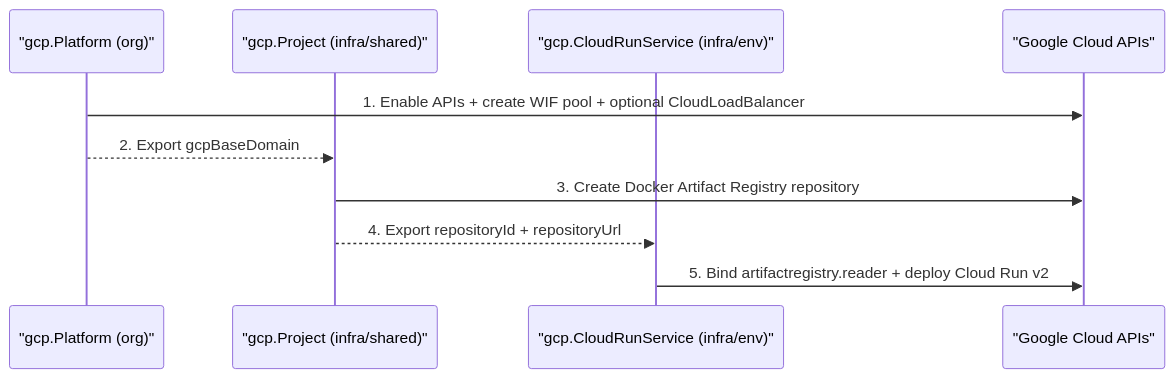
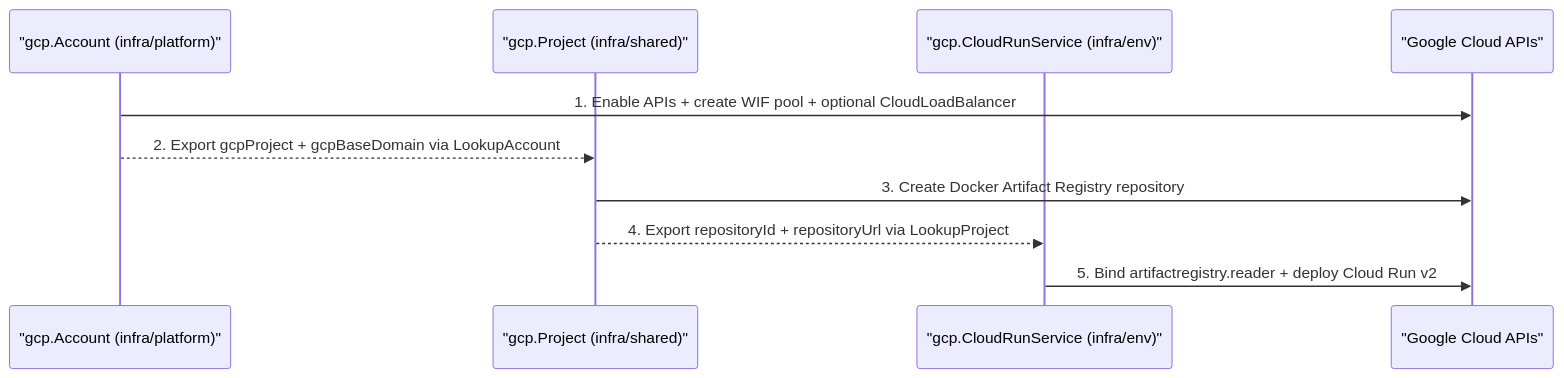
One commit to cloudvoyant/openbase changed the second of 2 diagrams in docs/architecture/providers/gcp/index.md. Above: the diagram before and after it, drawn with Mermaid. The commit also changed other lines of this file and 64 other files, not shown here.

````diff
--- a/docs/architecture/providers/gcp/index.md
+++ b/docs/architecture/providers/gcp/index.md
@@ -61,13 +61,13 @@
 ```mermaid
 sequenceDiagram
-    participant Plat as "gcp.Platform (org)"
+    participant Acc as "gcp.Account (infra/platform)"
     participant Proj as "gcp.Project (infra/shared)"
     participant Svc as "gcp.CloudRunService (infra/env)"
     participant GCP as "Google Cloud APIs"
 
-    Plat->>GCP: 1. Enable APIs + create WIF pool + optional CloudLoadBalancer
-    Plat-->>Proj: 2. Export gcpBaseDomain
+    Acc->>GCP: 1. Enable APIs + create WIF pool + optional CloudLoadBalancer
+    Acc-->>Proj: 2. Export gcpProject + gcpBaseDomain via LookupAccount
     Proj->>GCP: 3. Create Docker Artifact Registry repository
-    Proj-->>Svc: 4. Export repositoryId + repositoryUrl
+    Proj-->>Svc: 4. Export repositoryId + repositoryUrl via LookupProject
     Svc->>GCP: 5. Bind artifactregistry.reader + deploy Cloud Run v2
 ```
````
